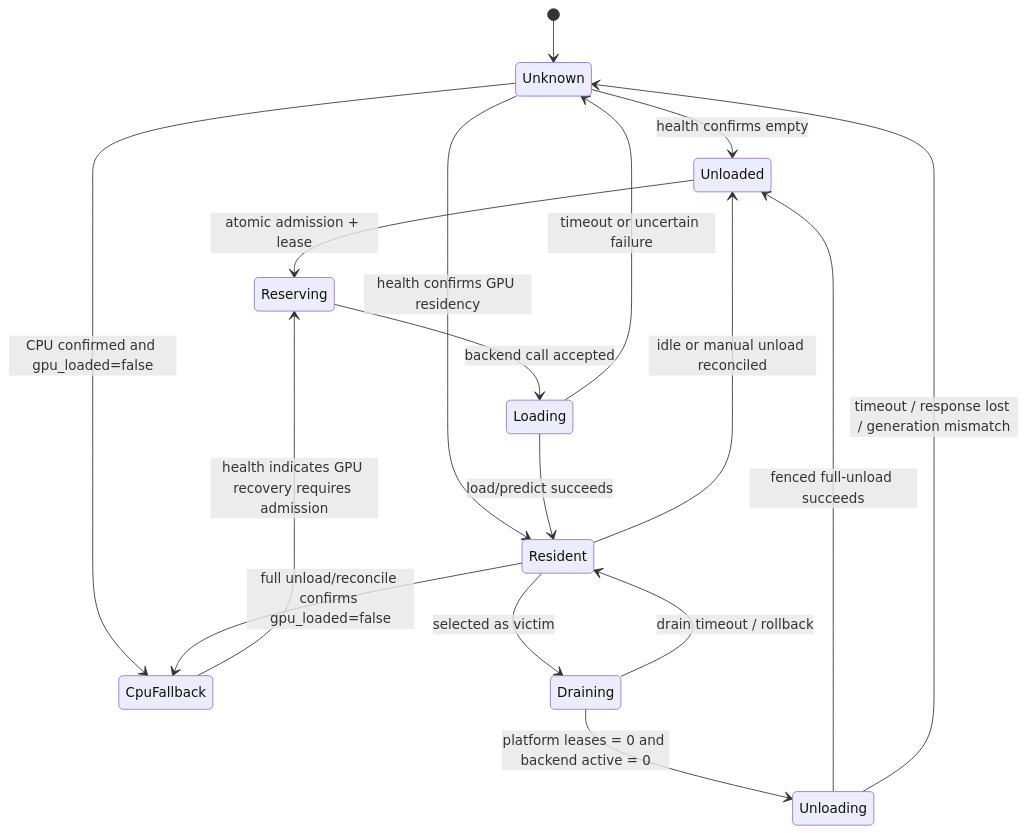
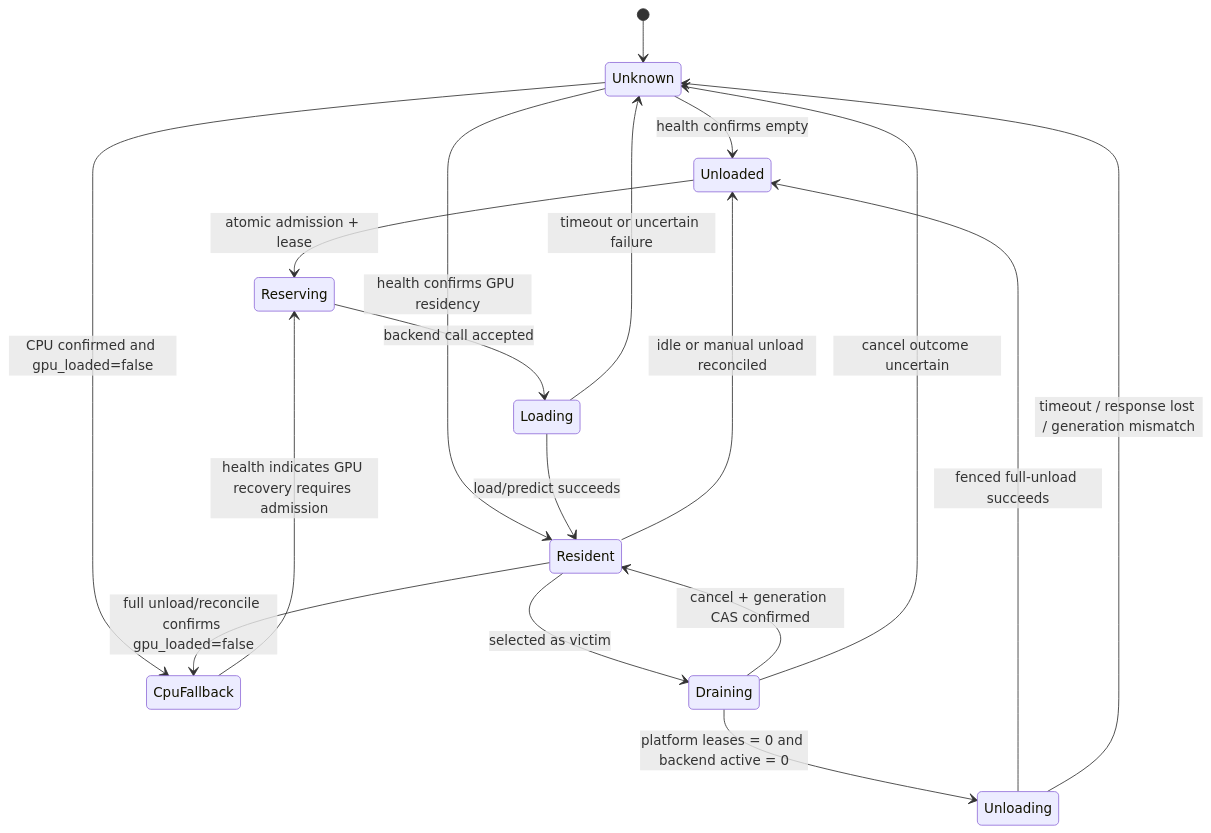
Before and after one commit to yyq19990828/ai-annotation-platform: the diagram in docs/plans/2026-07-14-v0.22.4-cross-backend-gpu-memory-arbitration.md, drawn with Mermaid. The commit also changed other lines of this file and 7 other files, not shown here.

````diff
--- a/docs/plans/2026-07-14-v0.22.4-cross-backend-gpu-memory-arbitration.md
+++ b/docs/plans/2026-07-14-v0.22.4-cross-backend-gpu-memory-arbitration.md
@@ -224,19 +240,20 @@
 ```mermaid
 stateDiagram-v2
   [*] --> Unknown
   Unknown --> Unloaded: health confirms empty
   Unknown --> Resident: health confirms GPU residency
   Unknown --> CpuFallback: CPU confirmed and gpu_loaded=false
   Unloaded --> Reserving: atomic admission + lease
   Reserving --> Loading: backend call accepted
   Loading --> Resident: load/predict succeeds
   Loading --> Unknown: timeout or uncertain failure
   Resident --> Draining: selected as victim
-  Draining --> Resident: drain timeout / rollback
+  Draining --> Resident: cancel + generation CAS confirmed
+  Draining --> Unknown: cancel outcome uncertain
   Draining --> Unloading: platform leases = 0 and backend active = 0
   Unloading --> Unloaded: fenced full-unload succeeds
   Unloading --> Unknown: timeout / response lost / generation mismatch
   Resident --> Unloaded: idle or manual unload reconciled
   Resident --> CpuFallback: full unload/reconcile confirms gpu_loaded=false
   CpuFallback --> Reserving: health indicates GPU recovery requires admission
 ```
````
